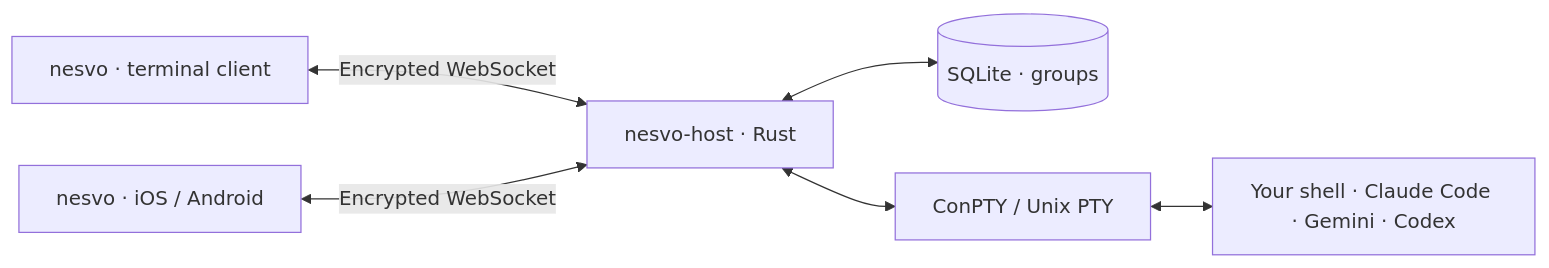
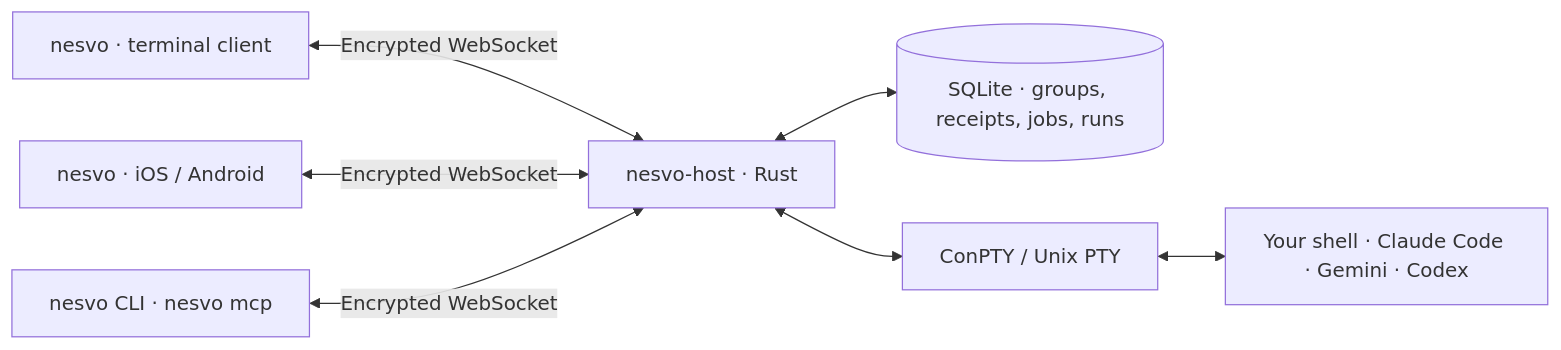
One commit to dkveil/nesvo changed the diagram in README.md. Above: the diagram before and after it, drawn with Mermaid. The commit also changed other lines of this file, not shown here.

````diff
--- a/README.md
+++ b/README.md
@@ -76,8 +82,9 @@
 ```mermaid
 flowchart LR
     TUI["nesvo · terminal client"] <-->|Encrypted WebSocket| Host["nesvo-host · Rust"]
     Mobile["nesvo · iOS / Android"] <-->|Encrypted WebSocket| Host
-    Host <--> Groups[("SQLite · groups")]
+    Adapters["nesvo CLI · nesvo mcp"] <-->|Encrypted WebSocket| Host
+    Host <--> Journal[("SQLite · groups, receipts, jobs, runs")]
     Host <--> PTY["ConPTY / Unix PTY"]
     PTY <--> Tools["Your shell · Claude Code · Gemini · Codex"]
 ```
````
